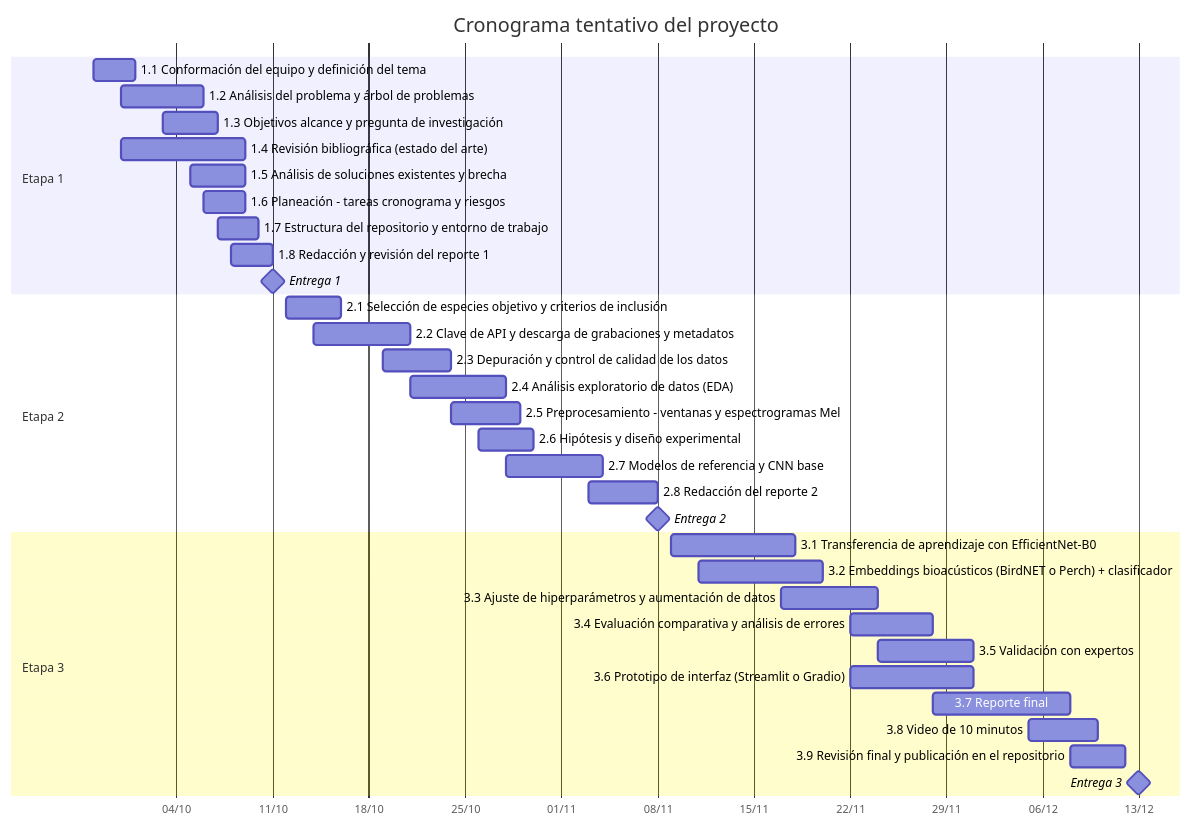
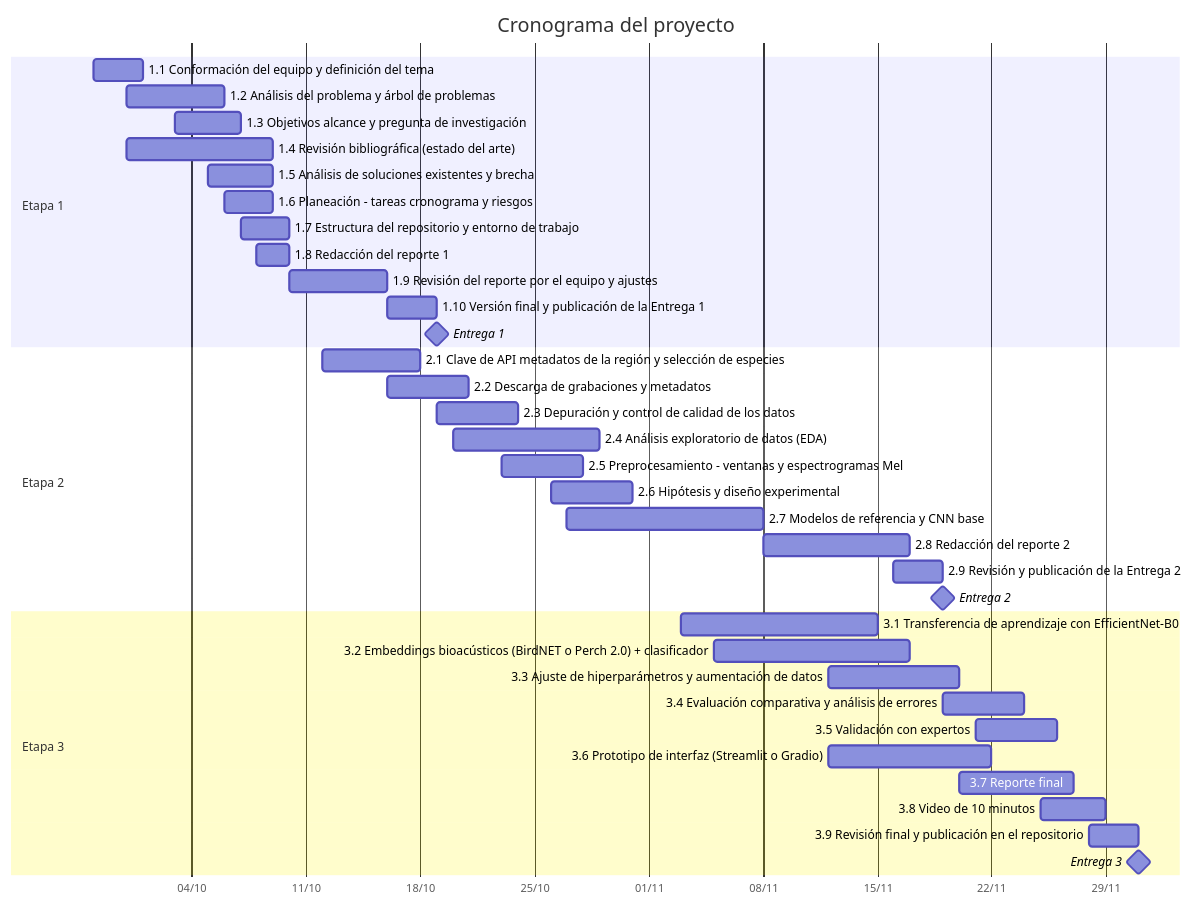
Before and after one commit to wilospe27/Proyecto_1_Innovacion_Tecnologica_IA_Grupo_4: the third of 3 diagrams in entrega_1/docs/reporte_entrega_1.md, drawn with Mermaid. The commit also changed other lines of this file and 4 other files, not shown here.

First line of the commit message:
Ajusta el cronograma a las fechas oficiales de entrega

````diff
--- a/entrega_1/docs/reporte_entrega_1.md
+++ b/entrega_1/docs/reporte_entrega_1.md
@@ -353,38 +361,41 @@
 ```mermaid
 gantt
-    title Cronograma tentativo del proyecto
+    title Cronograma del proyecto
     dateFormat YYYY-MM-DD
     axisFormat %d/%m
     todayMarker off
     section Etapa 1
-    1.1 Conformación del equipo y definición del tema :t11, 2026-09-28, 3d
-    1.2 Análisis del problema y árbol de problemas :t12, 2026-09-30, 6d
-    1.3 Objetivos alcance y pregunta de investigación :t13, 2026-10-03, 4d
-    1.4 Revisión bibliográfica (estado del arte) :t14, 2026-09-30, 9d
-    1.5 Análisis de soluciones existentes y brecha :t15, 2026-10-05, 4d
-    1.6 Planeación - tareas cronograma y riesgos :t16, 2026-10-06, 3d
-    1.7 Estructura del repositorio y entorno de trabajo :t17, 2026-10-07, 3d
-    1.8 Redacción y revisión del reporte 1 :t18, 2026-10-08, 3d
-    Entrega 1 :milestone, th1, 2026-10-11, 0d
+    1.1 Conformación del equipo y definición del tema :t1_1, 2026-09-28, 3d
+    1.2 Análisis del problema y árbol de problemas :t1_2, 2026-09-30, 6d
+    1.3 Objetivos alcance y pregunta de investigación :t1_3, 2026-10-03, 4d
+    1.4 Revisión bibliográfica (estado del arte) :t1_4, 2026-09-30, 9d
+    1.5 Análisis de soluciones existentes y brecha :t1_5, 2026-10-05, 4d
+    1.6 Planeación - tareas cronograma y riesgos :t1_6, 2026-10-06, 3d
+    1.7 Estructura del repositorio y entorno de trabajo :t1_7, 2026-10-07, 3d
+    1.8 Redacción del reporte 1 :t1_8, 2026-10-08, 2d
+    1.9 Revisión del reporte por el equipo y ajustes :t1_9, 2026-10-10, 6d
+    1.10 Versión final y publicación de la Entrega 1 :t1_10, 2026-10-16, 3d
+    Entrega 1 :milestone, th1, 2026-10-19, 0d
     section Etapa 2
-    2.1 Selección de especies objetivo y criterios de inclusión :t21, 2026-10-12, 4d
-    2.2 Clave de API y descarga de grabaciones y metadatos :t22, 2026-10-14, 7d
-    2.3 Depuración y control de calidad de los datos :t23, 2026-10-19, 5d
-    2.4 Análisis exploratorio de datos (EDA) :t24, 2026-10-21, 7d
-    2.5 Preprocesamiento - ventanas y espectrogramas Mel :t25, 2026-10-24, 5d
-    2.6 Hipótesis y diseño experimental :t26, 2026-10-26, 4d
-    2.7 Modelos de referencia y CNN base :t27, 2026-10-28, 7d
-    2.8 Redacción del reporte 2 :t28, 2026-11-03, 5d
-    Entrega 2 :milestone, th2, 2026-11-08, 0d
+    2.1 Clave de API metadatos de la región y selección de especies :t2_1, 2026-10-12, 6d
+    2.2 Descarga de grabaciones y metadatos :t2_2, 2026-10-16, 5d
+    2.3 Depuración y control de calidad de los datos :t2_3, 2026-10-19, 5d
+    2.4 Análisis exploratorio de datos (EDA) :t2_4, 2026-10-20, 9d
+    2.5 Preprocesamiento - ventanas y espectrogramas Mel :t2_5, 2026-10-23, 5d
+    2.6 Hipótesis y diseño experimental :t2_6, 2026-10-26, 5d
+    2.7 Modelos de referencia y CNN base :t2_7, 2026-10-27, 12d
+    2.8 Redacción del reporte 2 :t2_8, 2026-11-08, 9d
+    2.9 Revisión y publicación de la Entrega 2 :t2_9, 2026-11-16, 3d
+    Entrega 2 :milestone, th2, 2026-11-19, 0d
     section Etapa 3
-    3.1 Transferencia de aprendizaje con EfficientNet-B0 :t31, 2026-11-09, 9d
-    3.2 Embeddings bioacústicos (BirdNET o Perch) + clasificador :t32, 2026-11-11, 9d
-    3.3 Ajuste de hiperparámetros y aumentación de datos :t33, 2026-11-17, 7d
-    3.4 Evaluación comparativa y análisis de errores :t34, 2026-11-22, 6d
-    3.5 Validación con expertos :t35, 2026-11-24, 7d
-    3.6 Prototipo de interfaz (Streamlit o Gradio) :t36, 2026-11-22, 9d
-    3.7 Reporte final :t37, 2026-11-28, 10d
-    3.8 Video de 10 minutos :t38, 2026-12-05, 5d
-    3.9 Revisión final y publicación en el repositorio :t39, 2026-12-08, 4d
-    Entrega 3 :milestone, th3, 2026-12-13, 0d
+    3.1 Transferencia de aprendizaje con EfficientNet-B0 :t3_1, 2026-11-03, 12d
+    3.2 Embeddings bioacústicos (BirdNET o Perch 2.0) + clasificador :t3_2, 2026-11-05, 12d
+    3.3 Ajuste de hiperparámetros y aumentación de datos :t3_3, 2026-11-12, 8d
+    3.4 Evaluación comparativa y análisis de errores :t3_4, 2026-11-19, 5d
+    3.5 Validación con expertos :t3_5, 2026-11-21, 5d
+    3.6 Prototipo de interfaz (Streamlit o Gradio) :t3_6, 2026-11-12, 10d
+    3.7 Reporte final :t3_7, 2026-11-20, 7d
+    3.8 Video de 10 minutos :t3_8, 2026-11-25, 4d
+    3.9 Revisión final y publicación en el repositorio :t3_9, 2026-11-28, 3d
+    Entrega 3 :milestone, th3, 2026-12-01, 0d
 ```
````
